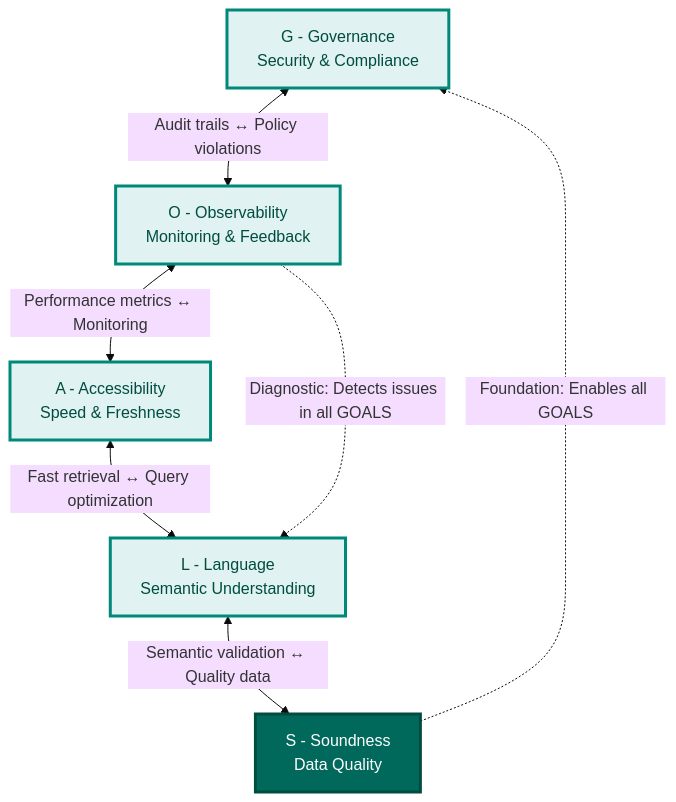
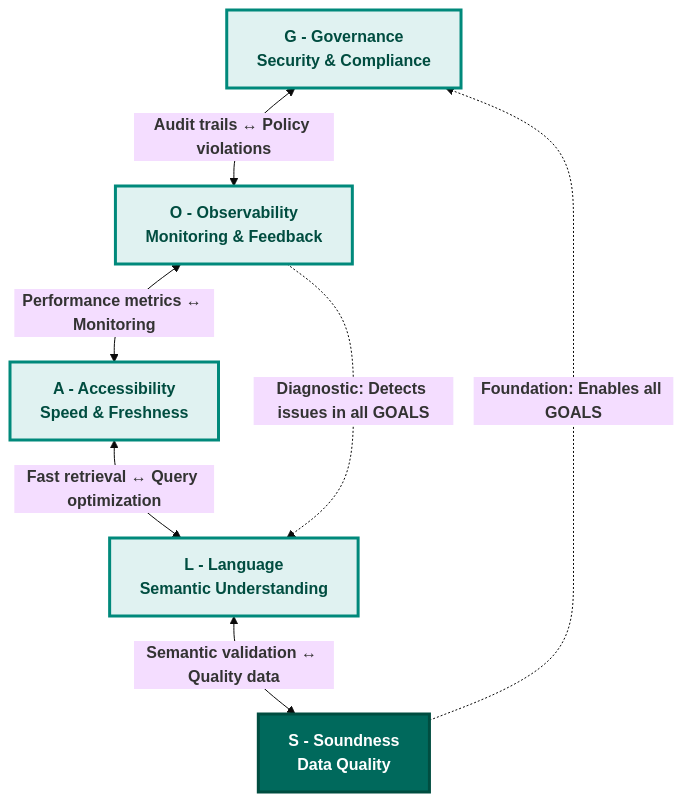
One commit to colaberry/enterprise-data-readiness-ai-agents changed the second of 11 diagrams in chapter-02/chapter_2_complete.md. Above: the diagram before and after it, drawn with Mermaid (base theme). The commit also changed other lines of this file and 1 other file, not shown here.

````diff
--- a/chapter-02/chapter_2_complete.md
+++ b/chapter-02/chapter_2_complete.md
@@ -176,27 +166,22 @@
 ```mermaid
 graph TB
-    G["G - Governance
-    Security & Compliance"]
-    O["O - Observability
-    Monitoring & Feedback"]
-    A["A - Accessibility
-    Speed & Freshness"]
-    L["L - Language
-    Semantic Understanding"]
-    S["S - Soundness
-    Data Quality"]
+    G["<b>G - Governance</b><br/><b>Security & Compliance</b>"]
+    O["<b>O - Observability</b><br/><b>Monitoring & Feedback</b>"]
+    A["<b>A - Accessibility</b><br/><b>Speed & Freshness</b>"]
+    L["<b>L - Language</b><br/><b>Semantic Understanding</b>"]
+    S["<b>S - Soundness</b><br/><b>Data Quality</b>"]
     
-    G <-->|Audit trails ↔ Policy violations| O
-    O <-->|Performance metrics ↔ Monitoring| A
-    A <-->|Fast retrieval ↔ Query optimization| L
-    L <-->|Semantic validation ↔ Quality data| S
+    G <-->|<b>Audit trails ↔ Policy violations</b>| O
+    O <-->|<b>Performance metrics ↔ Monitoring</b>| A
+    A <-->|<b>Fast retrieval ↔ Query optimization</b>| L
+    L <-->|<b>Semantic validation ↔ Quality data</b>| S
     
-    S -.->|Foundation: Enables all GOALS| G
-    O -.->|Diagnostic: Detects issues in all GOALS| L
+    S -.->|<b>Foundation: Enables all GOALS</b>| G
+    O -.->|<b>Diagnostic: Detects issues in all GOALS</b>| L
     
     style G fill:#e0f2f1,stroke:#00897b,stroke-width:3px,color:#004d40
     style O fill:#e0f2f1,stroke:#00897b,stroke-width:3px,color:#004d40
     style A fill:#e0f2f1,stroke:#00897b,stroke-width:3px,color:#004d40
     style L fill:#e0f2f1,stroke:#00897b,stroke-width:3px,color:#004d40
     style S fill:#00695c,color:#ffffff,stroke:#004d40,stroke-width:3px
 ```
````
